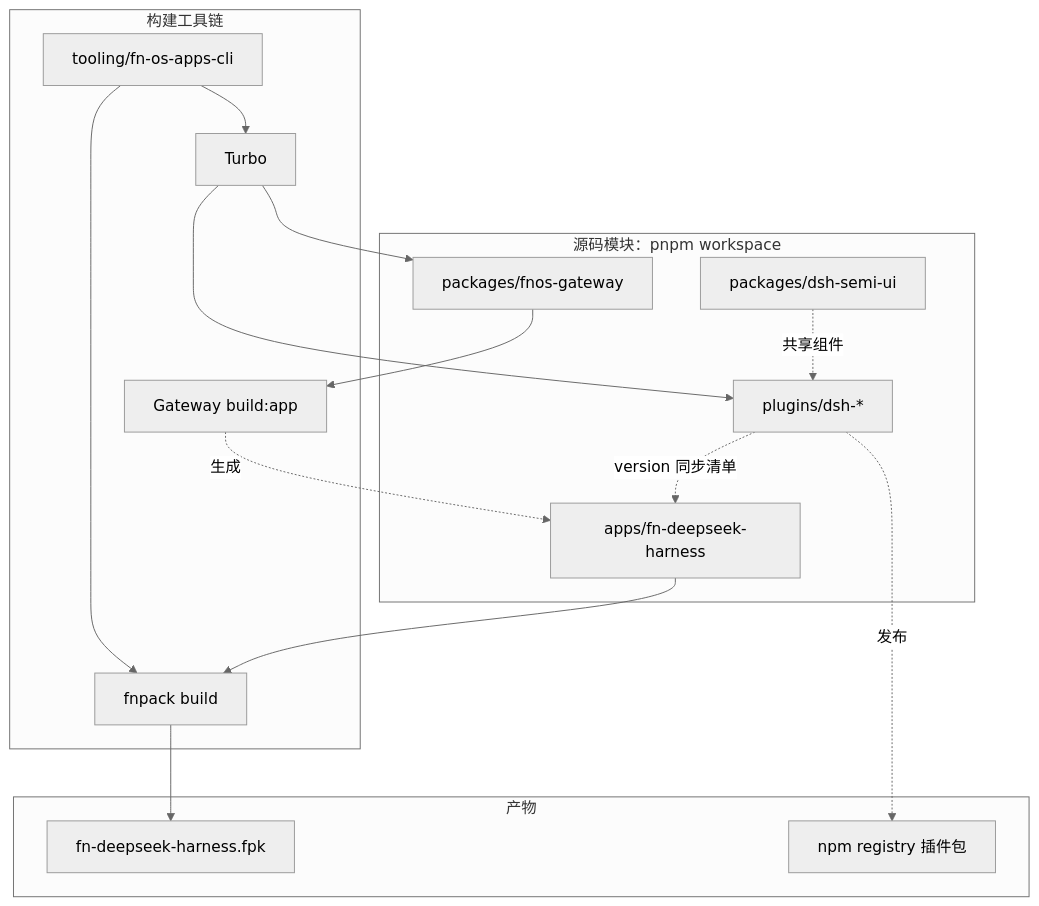
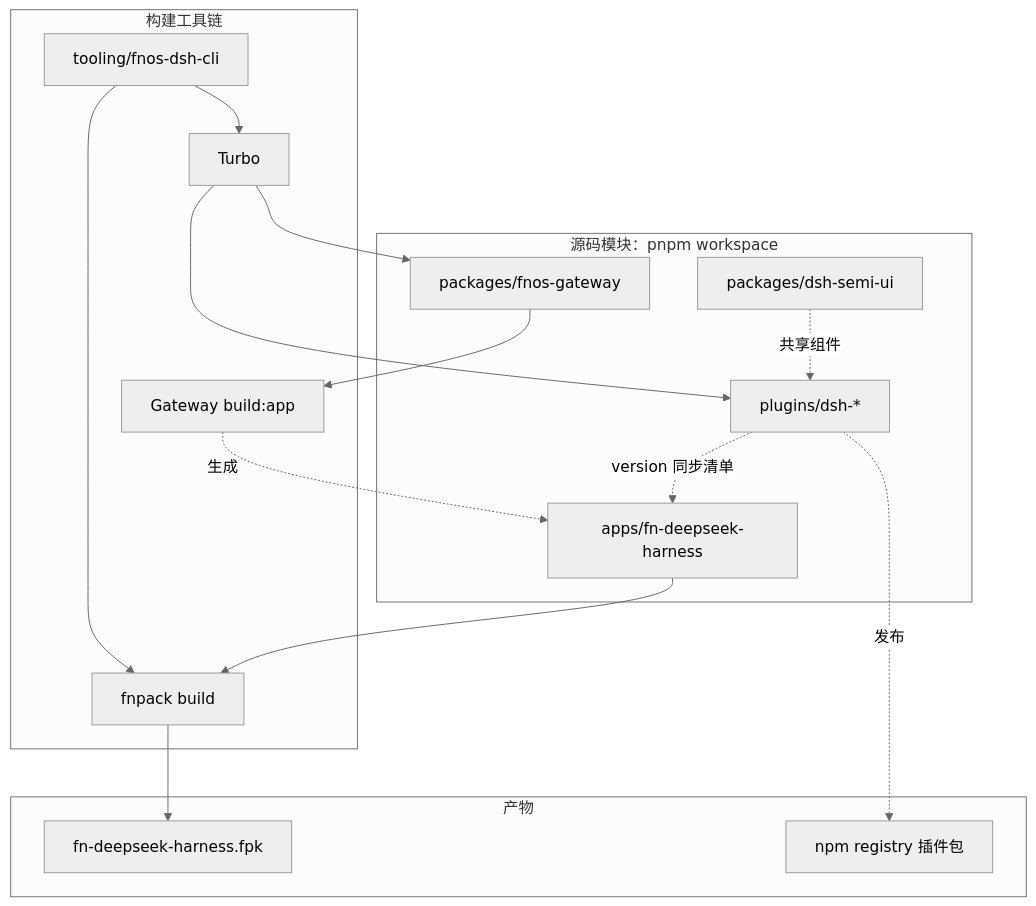
Before and after one commit to FNOSP/fnos-dsh: the first of 2 diagrams in docs/development/app-structure.md, drawn with Mermaid (neutral theme). The commit also changed 50 other files, not shown here.

````diff
--- a/docs/development/app-structure.md
+++ b/docs/development/app-structure.md
@@ -13,33 +13,33 @@
 ```mermaid
 flowchart TB
   subgraph workspaces["源码模块：pnpm workspace"]
     appSrc["apps/fn-deepseek-harness"]
     gatewaySrc["packages/fnos-gateway"]
     semiSrc["packages/dsh-semi-ui"]
     pluginSrc["plugins/dsh-*"]
   end
 
   subgraph toolchain["构建工具链"]
-    cli["tooling/fn-os-apps-cli"]
+    cli["tooling/fnos-dsh-cli"]
     turbo["Turbo"]
     gatewayBuild["Gateway build:app"]
     fnpack["fnpack build"]
   end
 
   subgraph outputs["产物"]
     fpk["fn-deepseek-harness.fpk"]
     npmPkg["npm registry 插件包"]
   end
 
   cli --> turbo
   cli --> fnpack
   turbo --> gatewaySrc
   turbo --> pluginSrc
   semiSrc -.->|共享组件| pluginSrc
   gatewaySrc --> gatewayBuild
   gatewayBuild -.->|生成| appSrc
   pluginSrc -.->|version 同步清单| appSrc
   pluginSrc -.->|发布| npmPkg
   appSrc --> fnpack
   fnpack --> fpk
 ```
````
